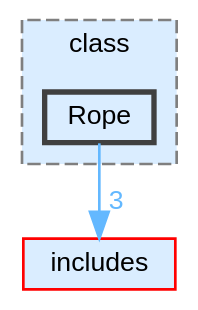
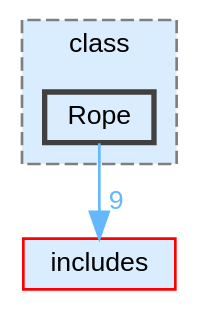
The diagram in dir_8edd740fb44a5baf275aa55ebd51eaad_dep.dot (JS-CMP/JS-CMP), drawn with Graphviz before and after one commit. The commit also changed 475 other files, not shown here.

```diff
--- a/dir_8edd740fb44a5baf275aa55ebd51eaad_dep.dot
+++ b/dir_8edd740fb44a5baf275aa55ebd51eaad_dep.dot
@@ -1,14 +1,14 @@
 digraph "lib/class/Rope"
 {
  // LATEX_PDF_SIZE
   bgcolor="transparent";
   edge [fontname=Helvetica,fontsize=10,labelfontname=Helvetica,labelfontsize=10];
   node [fontname=Helvetica,fontsize=10,shape=box,height=0.2,width=0.4];
   compound=true
   subgraph clusterdir_285d619cbfa84c6430bdb6c8ccfd6309 {
     graph [ bgcolor="#daedff", pencolor="grey50", label="class", fontname=Helvetica,fontsize=10 style="filled,dashed", URL="dir_285d619cbfa84c6430bdb6c8ccfd6309.html",tooltip=""]
   dir_8edd740fb44a5baf275aa55ebd51eaad [label="Rope", fillcolor="#daedff", color="grey25", style="filled,bold", URL="dir_8edd740fb44a5baf275aa55ebd51eaad.html",tooltip=""];
   }
   dir_09e761304027c904456130627fd4dcf5 [label="includes", fillcolor="#daedff", color="red", style="filled", URL="dir_09e761304027c904456130627fd4dcf5.html",tooltip=""];
-  dir_8edd740fb44a5baf275aa55ebd51eaad->dir_09e761304027c904456130627fd4dcf5 [headlabel="3", labeldistance=1.5 headhref="dir_000031_000017.html" href="dir_000031_000017.html" color="steelblue1" fontcolor="steelblue1"];
+  dir_8edd740fb44a5baf275aa55ebd51eaad->dir_09e761304027c904456130627fd4dcf5 [headlabel="9", labeldistance=1.5 headhref="dir_000031_000017.html" href="dir_000031_000017.html" color="steelblue1" fontcolor="steelblue1"];
 }
```
